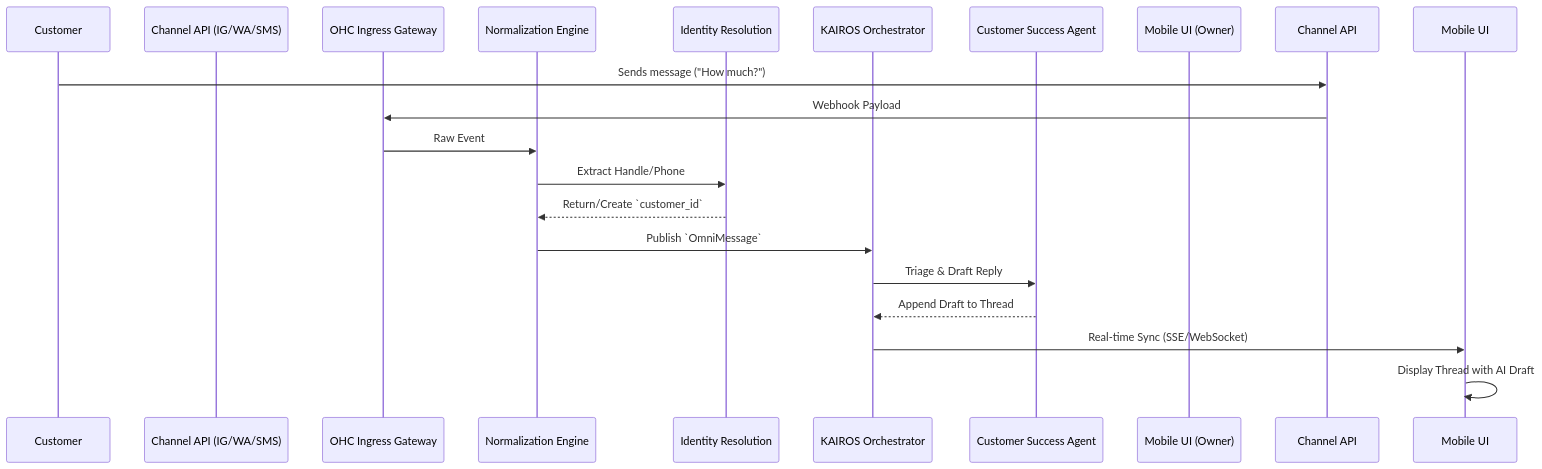
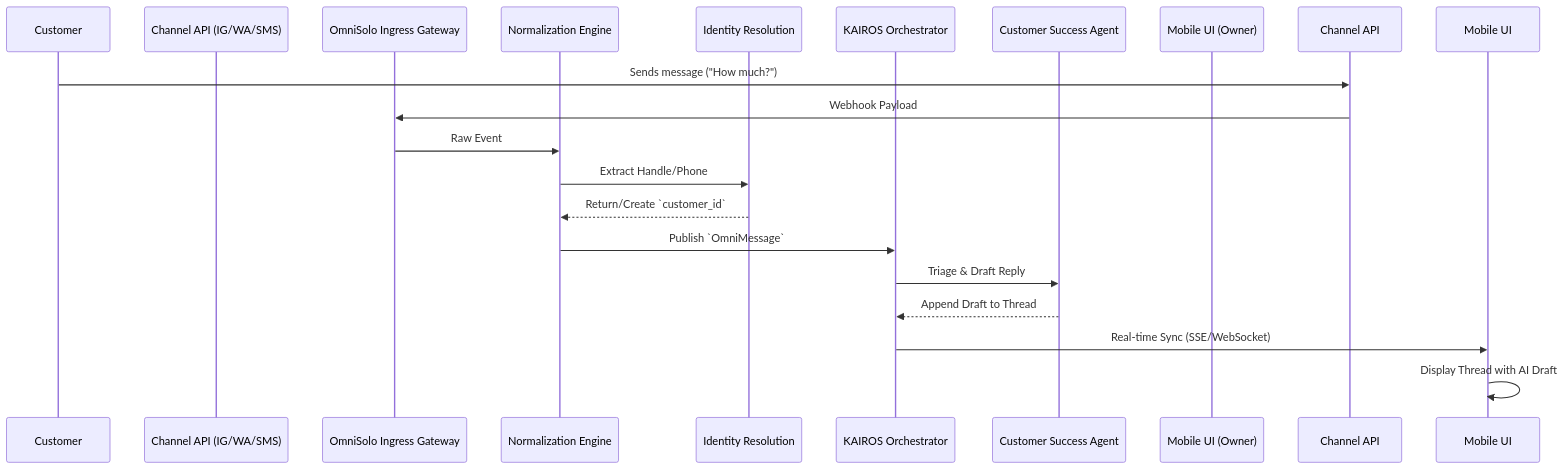
The first of 2 diagrams in docs/research/[communication]_unified_inbox_system_design.md (omnisolo-llc/onehumancorp), drawn with Mermaid before and after one commit. The commit also changed other lines of this file and 2191 other files, not shown here.

Commit message:
feat: complete OmniSolo rename and browser audit

````diff
--- a/docs/research/[communication]_unified_inbox_system_design.md
+++ b/docs/research/[communication]_unified_inbox_system_design.md
@@ -19,22 +19,22 @@
 ```mermaid
 sequenceDiagram
     participant Customer
     participant Channel API (IG/WA/SMS)
-    participant OHC Ingress Gateway
+    participant OmniSolo Ingress Gateway
     participant Normalization Engine
     participant Identity Resolution
     participant KAIROS Orchestrator
     participant Customer Success Agent
     participant Mobile UI (Owner)
 
     Customer->>Channel API: Sends message ("How much?")
-    Channel API->>OHC Ingress Gateway: Webhook Payload
-    OHC Ingress Gateway->>Normalization Engine: Raw Event
+    Channel API->>OmniSolo Ingress Gateway: Webhook Payload
+    OmniSolo Ingress Gateway->>Normalization Engine: Raw Event
     Normalization Engine->>Identity Resolution: Extract Handle/Phone
     Identity Resolution-->>Normalization Engine: Return/Create `customer_id`
     Normalization Engine->>KAIROS Orchestrator: Publish `OmniMessage`
     KAIROS Orchestrator->>Customer Success Agent: Triage & Draft Reply
     Customer Success Agent-->>KAIROS Orchestrator: Append Draft to Thread
     KAIROS Orchestrator->>Mobile UI: Real-time Sync (SSE/WebSocket)
     Mobile UI->>Mobile UI: Display Thread with AI Draft
 ```
````
